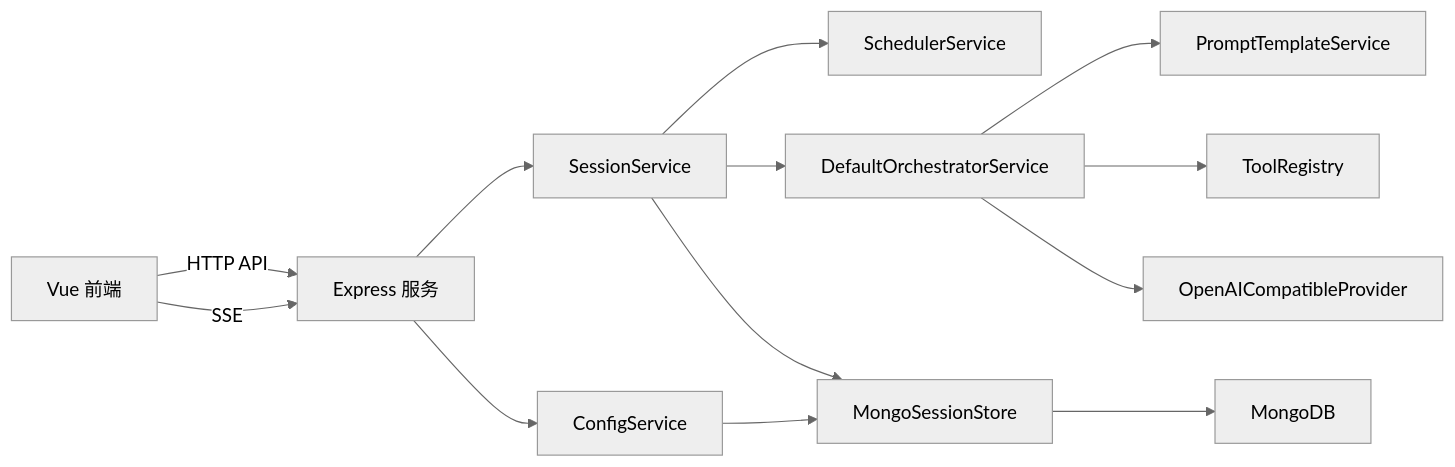
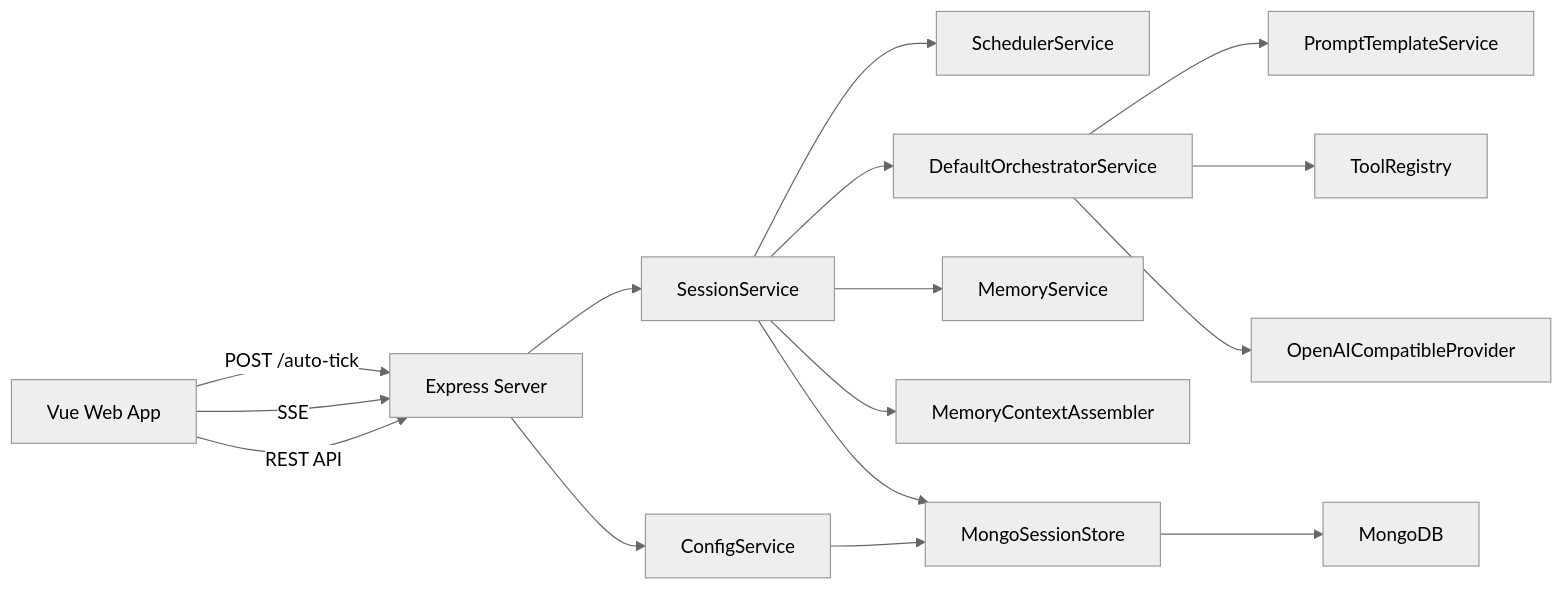
One commit to BobH233/DGLab-AI changed the first of 3 diagrams in doc/architecture.md. Above: the diagram before and after it, drawn with Mermaid (neutral theme). The commit also changed other lines of this file and 7 other files, not shown here.

````diff
--- a/doc/architecture.md
+++ b/doc/architecture.md
@@ -15,15 +19,18 @@
 ```mermaid
 flowchart LR
-    A["Vue 前端"] -->|"HTTP API"| B["Express 服务"]
+    A["Vue Web App"] -->|"REST API"| B["Express Server"]
     A -->|"SSE"| B
-    B --> C["SessionService"]
-    B --> D["ConfigService"]
-    C --> E["SchedulerService"]
-    C --> F["DefaultOrchestratorService"]
-    F --> G["PromptTemplateService"]
-    F --> H["ToolRegistry"]
-    F --> I["OpenAICompatibleProvider"]
-    C --> J["MongoSessionStore"]
-    D --> J
-    J --> K["MongoDB"]
+    A -->|"POST /auto-tick"| B
+    B --> C["ConfigService"]
+    B --> D["SessionService"]
+    D --> E["SchedulerService"]
+    D --> F["DefaultOrchestratorService"]
+    D --> G["MemoryService"]
+    D --> H["MemoryContextAssembler"]
+    F --> I["PromptTemplateService"]
+    F --> J["ToolRegistry"]
+    F --> K["OpenAICompatibleProvider"]
+    C --> L["MongoSessionStore"]
+    D --> L
+    L --> M["MongoDB"]
 ```
````
